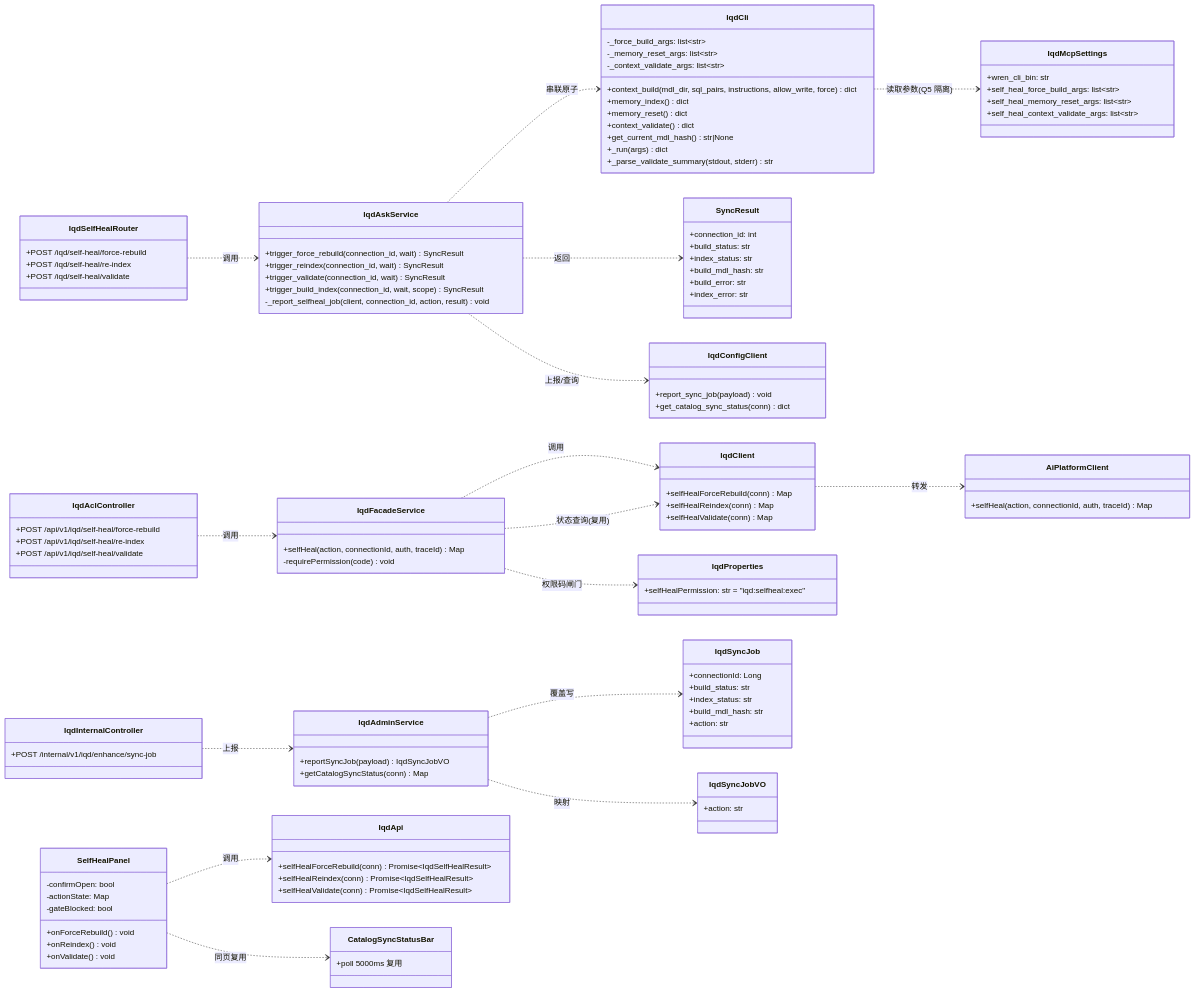
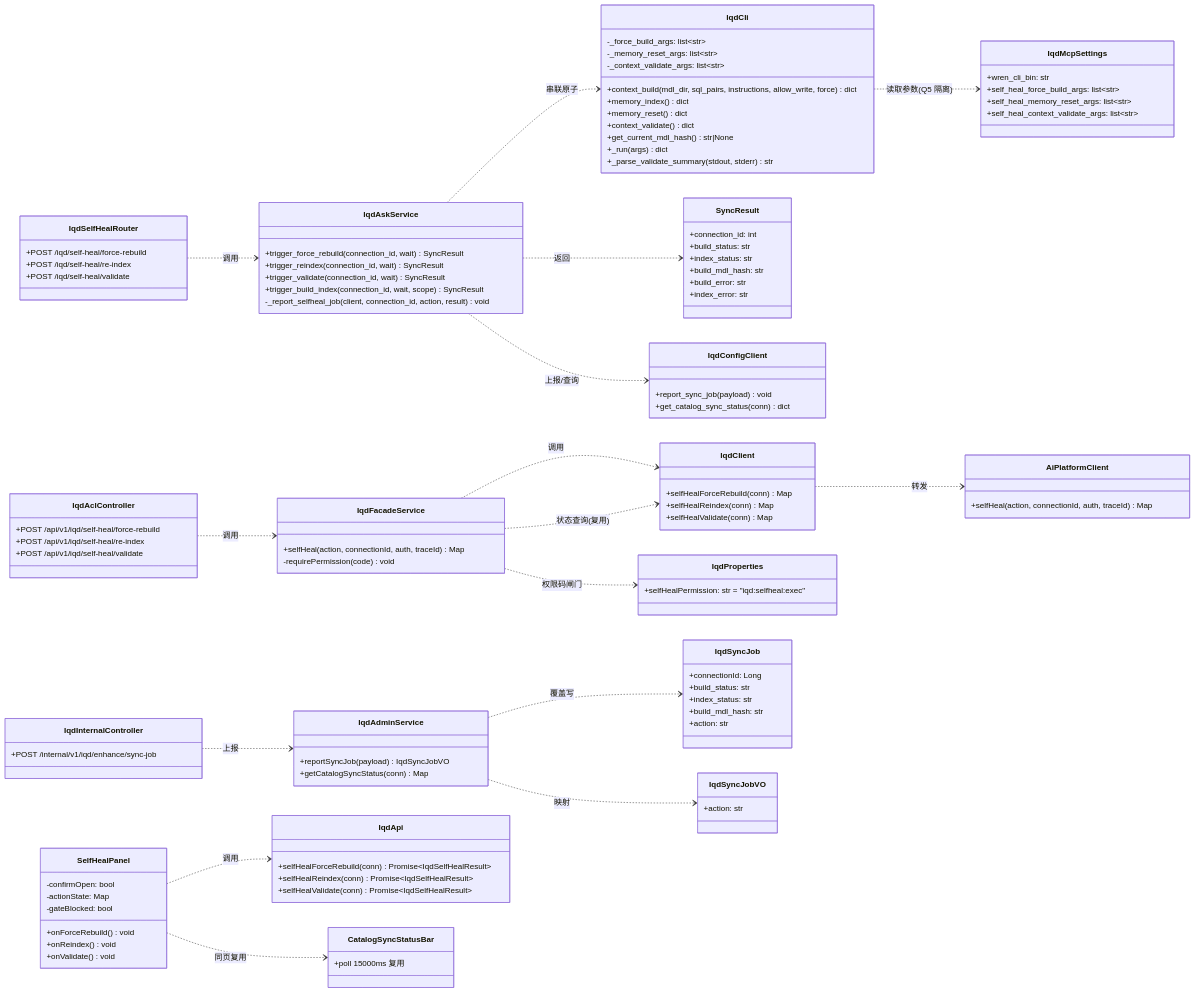
One commit to 13961588612/mis-platform changed the diagram in docs/ai-fusion/wrenai/mis-iqd-selfheal-design-class.mermaid. Above: the diagram before and after it, drawn with Mermaid. The commit also changed 37 other files, not shown here.

```diff
--- a/docs/ai-fusion/wrenai/mis-iqd-selfheal-design-class.mermaid
+++ b/docs/ai-fusion/wrenai/mis-iqd-selfheal-design-class.mermaid
@@ -1,121 +1,121 @@
 classDiagram
     direction LR
 
     %% ===================== ai-platform（Python Worker，PRD 所称「mis-iqd Worker」）=====================
     class IqdCli {
         +context_build(mdl_dir, sql_pairs, instructions, allow_write, force) dict
         +memory_index() dict
         +memory_reset() dict
         +context_validate() dict
         +get_current_mdl_hash() str|None
         -_force_build_args: list~str~
         -_memory_reset_args: list~str~
         -_context_validate_args: list~str~
         +_run(args) dict
         +_parse_validate_summary(stdout, stderr) str
     }
     class IqdAskService {
         +trigger_force_rebuild(connection_id, wait) SyncResult
         +trigger_reindex(connection_id, wait) SyncResult
         +trigger_validate(connection_id, wait) SyncResult
         +trigger_build_index(connection_id, wait, scope) SyncResult
         -_report_selfheal_job(client, connection_id, action, result) void
     }
     class SyncResult {
         +connection_id: int
         +build_status: str
         +index_status: str
         +build_mdl_hash: str
         +build_error: str
         +index_error: str
     }
     class IqdConfigClient {
         +report_sync_job(payload) void
         +get_catalog_sync_status(conn) dict
     }
     class IqdSelfHealRouter {
         +POST /iqd/self-heal/force-rebuild
         +POST /iqd/self-heal/re-index
         +POST /iqd/self-heal/validate
     }
     class IqdMcpSettings {
         +wren_cli_bin: str
         +self_heal_force_build_args: list~str~
         +self_heal_memory_reset_args: list~str~
         +self_heal_context_validate_args: list~str~
     }
 
     IqdSelfHealRouter ..> IqdAskService : 调用
     IqdAskService ..> IqdCli : 串联原子
     IqdAskService ..> IqdConfigClient : 上报/查询
     IqdCli ..> IqdMcpSettings : 读取参数(Q5 隔离)
     IqdAskService ..> SyncResult : 返回
 
     %% ===================== BFF（Java）=====================
     class IqdAclController {
         +POST /api/v1/iqd/self-heal/force-rebuild
         +POST /api/v1/iqd/self-heal/re-index
         +POST /api/v1/iqd/self-heal/validate
     }
     class IqdFacadeService {
         +selfHeal(action, connectionId, auth, traceId) Map
         -requirePermission(code) void
     }
     class IqdClient {
         +selfHealForceRebuild(conn) Map
         +selfHealReindex(conn) Map
         +selfHealValidate(conn) Map
     }
     class AiPlatformClient {
         +selfHeal(action, connectionId, auth, traceId) Map
     }
     class IqdProperties {
         +selfHealPermission: str = "iqd:selfheal:exec"
     }
     IqdAclController ..> IqdFacadeService : 调用
     IqdFacadeService ..> IqdClient : 调用
     IqdFacadeService ..> IqdProperties : 权限码闸门
     IqdClient ..> AiPlatformClient : 转发
     IqdFacadeService ..> IqdClient : 状态查询(复用)
 
     %% ===================== mis-iqd（Java 配置/状态服务）=====================
     class IqdInternalController {
         +POST /internal/v1/iqd/enhance/sync-job
     }
     class IqdAdminService {
         +reportSyncJob(payload) IqdSyncJobVO
         +getCatalogSyncStatus(conn) Map
     }
     class IqdSyncJob {
         +connectionId: Long
         +build_status: str
         +index_status: str
         +build_mdl_hash: str
         +action: str
     }
     class IqdSyncJobVO {
         +action: str
     }
     IqdInternalController ..> IqdAdminService : 上报
     IqdAdminService ..> IqdSyncJob : 覆盖写
     IqdAdminService ..> IqdSyncJobVO : 映射
 
     %% ===================== 前端 =====================
     class SelfHealPanel {
         +onForceRebuild() void
         +onReindex() void
         +onValidate() void
         -confirmOpen: bool
         -actionState: Map
         -gateBlocked: bool
     }
     class IqdApi {
         +selfHealForceRebuild(conn) Promise~IqdSelfHealResult~
         +selfHealReindex(conn) Promise~IqdSelfHealResult~
         +selfHealValidate(conn) Promise~IqdSelfHealResult~
     }
     class CatalogSyncStatusBar {
-        +poll 5000ms 复用
+        +poll 15000ms 复用
     }
     SelfHealPanel ..> IqdApi : 调用
     SelfHealPanel ..> CatalogSyncStatusBar : 同页复用
```
